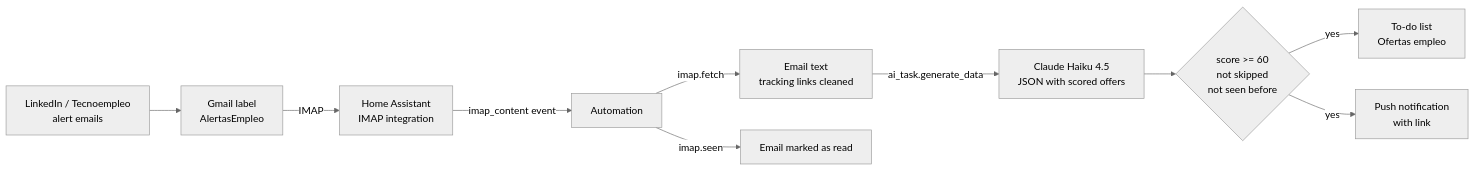
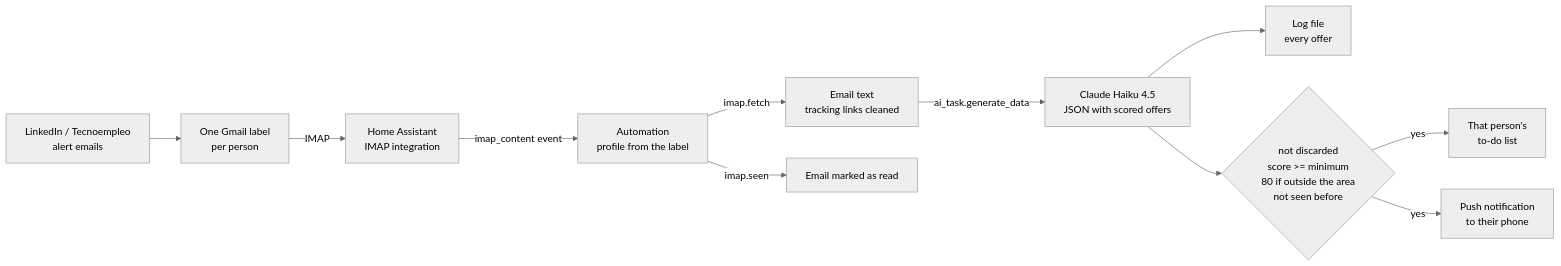
The diagram in README.md (josevillar99/ha-job-alert-bot), drawn with Mermaid (neutral theme) before and after one commit. The commit also changed other lines of this file and 10 other files, not shown here.

````diff
--- a/README.md
+++ b/README.md
@@ -54,12 +47,13 @@
 ```mermaid
 flowchart LR
-    A[LinkedIn / Tecnoempleo<br>alert emails] --> B[Gmail label<br>AlertasEmpleo]
+    A[LinkedIn / Tecnoempleo<br>alert emails] --> B[One Gmail label<br>per person]
     B -->|IMAP| C[Home Assistant<br>IMAP integration]
-    C -->|imap_content event| D[Automation]
+    C -->|imap_content event| D[Automation<br>profile from the label]
     D -->|imap.fetch| E[Email text<br>tracking links cleaned]
     E -->|ai_task.generate_data| F[Claude Haiku 4.5<br>JSON with scored offers]
-    F --> G{score >= 60<br>not skipped<br>not seen before}
-    G -->|yes| H[To-do list<br>Ofertas empleo]
-    G -->|yes| I[Push notification<br>with link]
+    F --> L[Log file<br>every offer]
+    F --> G{not discarded<br>score >= minimum<br>80 if outside the area<br>not seen before}
+    G -->|yes| H[That person's<br>to-do list]
+    G -->|yes| I[Push notification<br>to their phone]
     D -->|imap.seen| J[Email marked as read]
 ```
````
